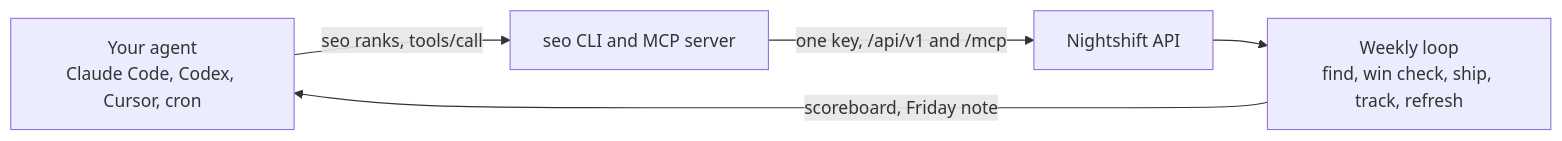
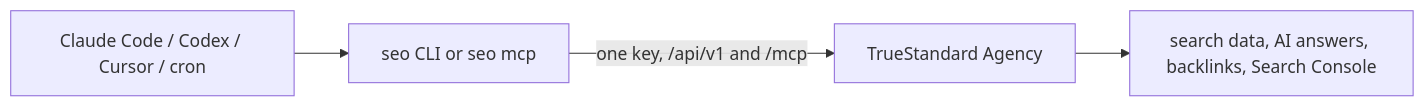
The diagram in README.md (truestandard/seo-cli), drawn with Mermaid before and after one commit. The commit also changed other lines of this file and 86 other files, not shown here.

First line of the commit message:
cli: Go rewrite in cli/ per cli-builder; rename Nightshift to TrueStandard Agency at truestandard.agency

````diff
--- a/README.md
+++ b/README.md
@@ -166,7 +143,6 @@
 ```mermaid
 flowchart LR
-  A["Your agent<br/>Claude Code, Codex, Cursor, cron"] -->|seo ranks, tools/call| B["seo CLI and MCP server"]
-  B -->|one key, /api/v1 and /mcp| C["Nightshift API"]
-  C --> D["Weekly loop<br/>find, win check, ship, track, refresh"]
-  D -->|scoreboard, Friday note| A
+  A["Claude Code / Codex / Cursor / cron"] --> B["seo CLI or seo mcp"]
+  B -->|one key, /api/v1 and /mcp| C["TrueStandard Agency"]
+  C --> D["search data, AI answers, backlinks, Search Console"]
 ```
````
